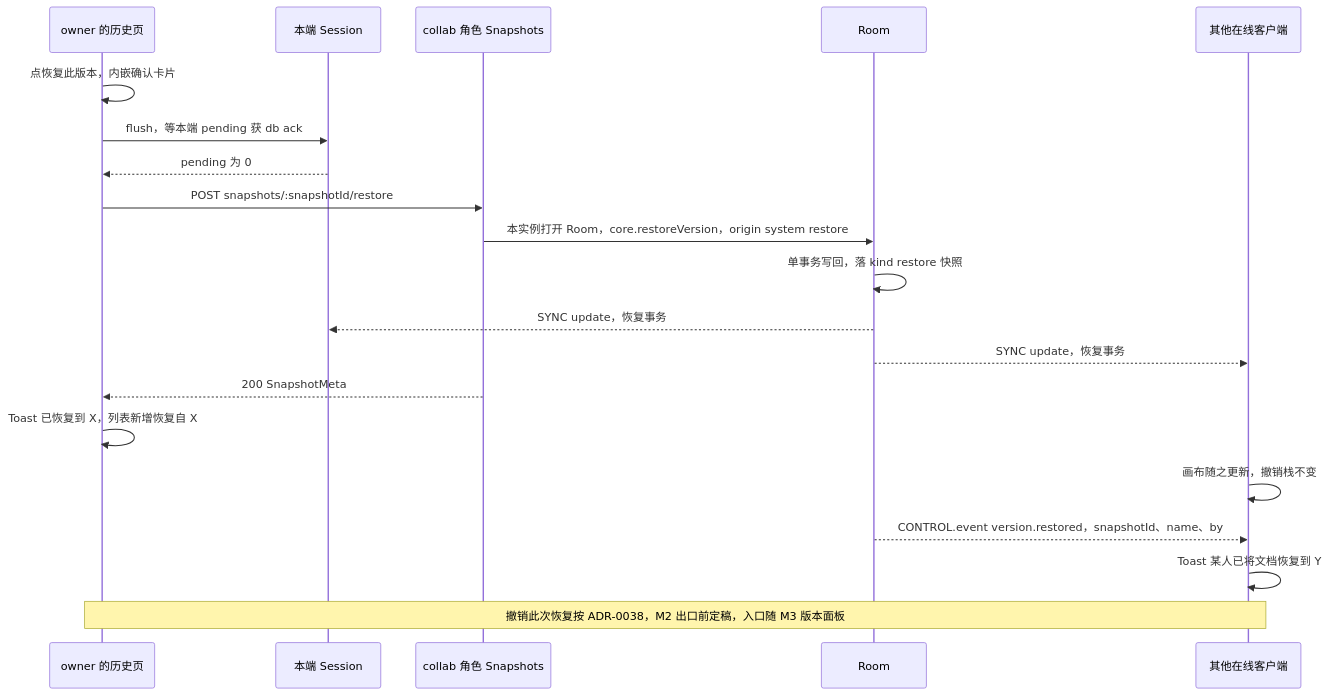
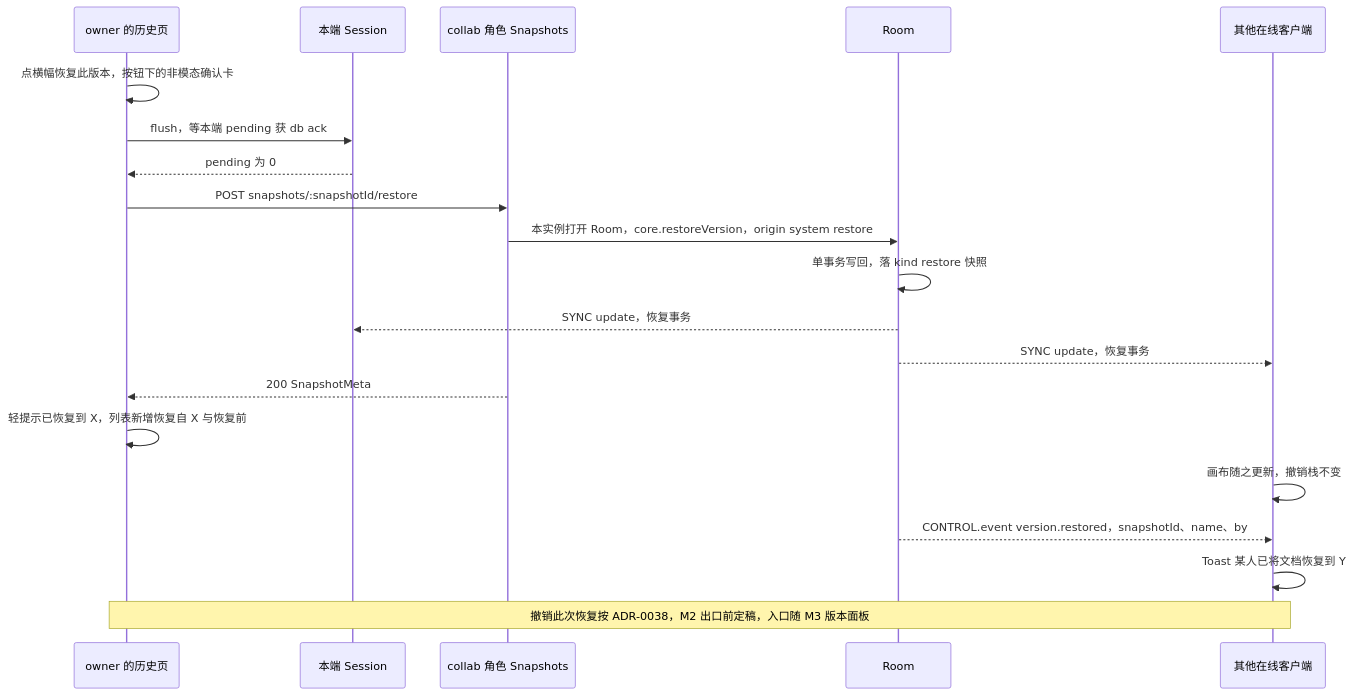
The sixth of 6 diagrams in docs/50-frontend/08-comments-and-version-history.md (Xeonice/cordis-ppt-editor), drawn with Mermaid before and after one commit. The commit also changed other lines of this file and 25 other files, not shown here.

````diff
--- a/docs/50-frontend/08-comments-and-version-history.md
+++ b/docs/50-frontend/08-comments-and-version-history.md
@@ -240,22 +343,22 @@
 ```mermaid
 sequenceDiagram
   participant U as owner 的历史页
   participant S as 本端 Session
   participant API as collab 角色 Snapshots
   participant R as Room
   participant B as 其他在线客户端
-  U->>U: 点恢复此版本，内嵌确认卡片
+  U->>U: 点横幅恢复此版本，按钮下的非模态确认卡
   U->>S: flush，等本端 pending 获 db ack
   S-->>U: pending 为 0
   U->>API: POST snapshots/:snapshotId/restore
   API->>R: 本实例打开 Room，core.restoreVersion，origin system restore
   R->>R: 单事务写回，落 kind restore 快照
   R-->>S: SYNC update，恢复事务
   R-->>B: SYNC update，恢复事务
   API-->>U: 200 SnapshotMeta
-  U->>U: Toast 已恢复到 X，列表新增恢复自 X
+  U->>U: 轻提示已恢复到 X，列表新增恢复自 X 与恢复前
   B->>B: 画布随之更新，撤销栈不变
   R-->>B: CONTROL.event version.restored，snapshotId、name、by
   B->>B: Toast 某人已将文档恢复到 Y
   Note over U,B: 撤销此次恢复按 ADR-0038，M2 出口前定稿，入口随 M3 版本面板
 ```
````
